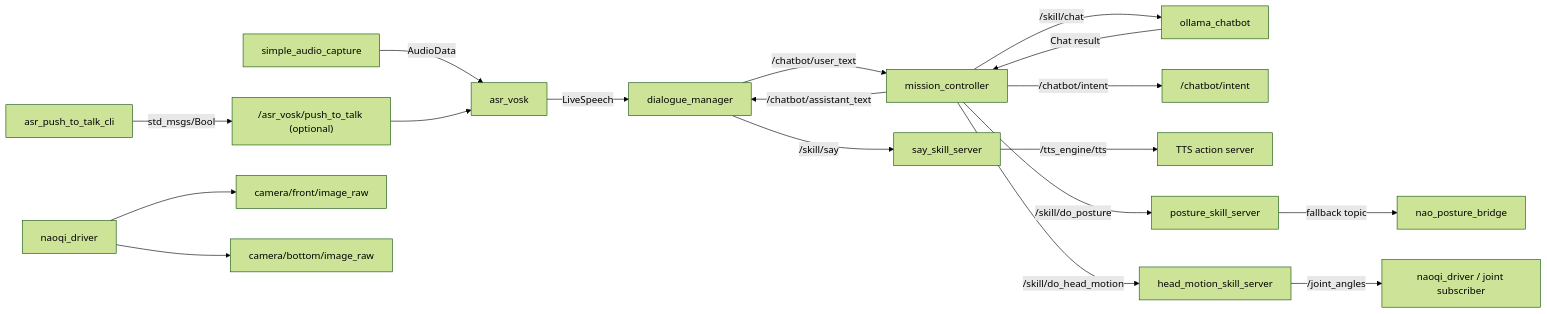
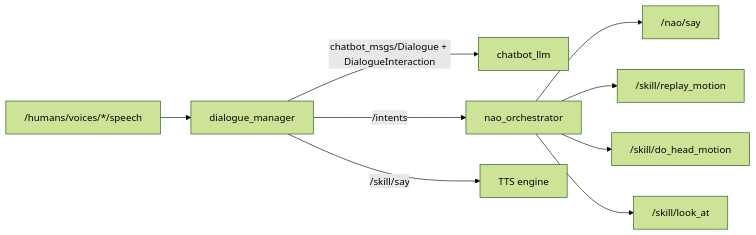
One commit to ieverythng/nao-ros4hri-bridge changed the first of 2 diagrams in docs/node_interactions_map.md. Above: the diagram before and after it, drawn with Mermaid (forest theme). The commit also changed other lines of this file and 50 other files, not shown here.

````diff
--- a/docs/node_interactions_map.md
+++ b/docs/node_interactions_map.md
@@ -25,20 +24,11 @@
 ```mermaid
-flowchart LR
-    SAC["simple_audio_capture"] -->|AudioData| ASR["asr_vosk"]
-    PTTCLI["asr_push_to_talk_cli"] -->|std_msgs/Bool| PTT
-    PTT["/asr_vosk/push_to_talk (optional)"] --> ASR
-    ASR -->|LiveSpeech| DM["dialogue_manager"]
-    DM -->|/chatbot/user_text| MC["mission_controller"]
-    MC -->|/skill/chat| CHAT["ollama_chatbot"]
-    CHAT -->|Chat result| MC
-    MC -->|/chatbot/assistant_text| DM
-    MC -->|/chatbot/intent| INT["/chatbot/intent"]
-    DM -->|/skill/say| SAY["say_skill_server"]
-    SAY -->|/tts_engine/tts| TTS["TTS action server"]
-    MC -->|/skill/do_posture| POST["posture_skill_server"]
-    MC -->|/skill/do_head_motion| HEAD["head_motion_skill_server"]
-    POST -->|fallback topic| BR["nao_posture_bridge"]
-    HEAD -->|/joint_angles| NQ["naoqi_driver / joint subscriber"]
-    NQDRV["naoqi_driver"] --> CAMF["camera/front/image_raw"]
-    NQDRV --> CAMB["camera/bottom/image_raw"]
+graph LR
+    Speech["/humans/voices/*/speech"] --> DM["dialogue_manager"]
+    DM -->|chatbot_msgs/Dialogue + DialogueInteraction| CB["chatbot_llm"]
+    DM -->|/intents| ORCH["nao_orchestrator"]
+    ORCH --> SAY["/nao/say"]
+    ORCH --> RM["/skill/replay_motion"]
+    ORCH --> HM["/skill/do_head_motion"]
+    ORCH --> LA["/skill/look_at"]
+    DM -->|/skill/say| TTS["TTS engine"]
 ```
````
